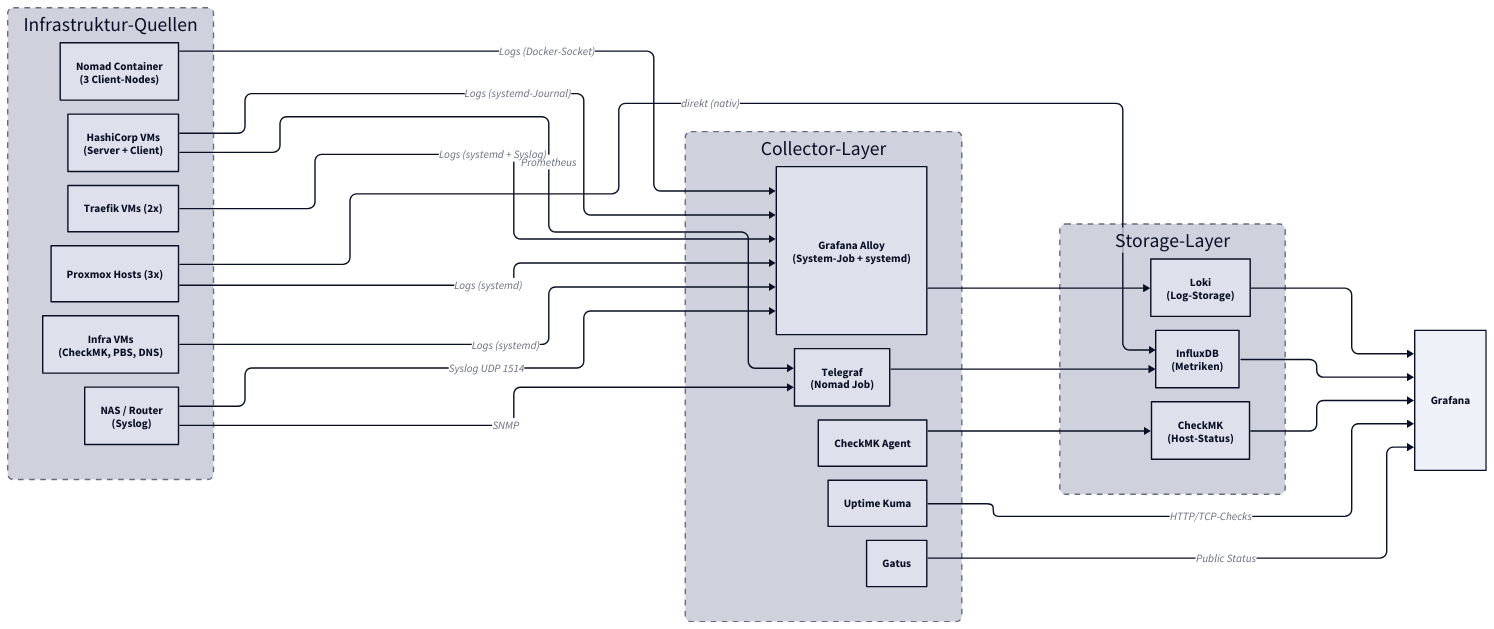
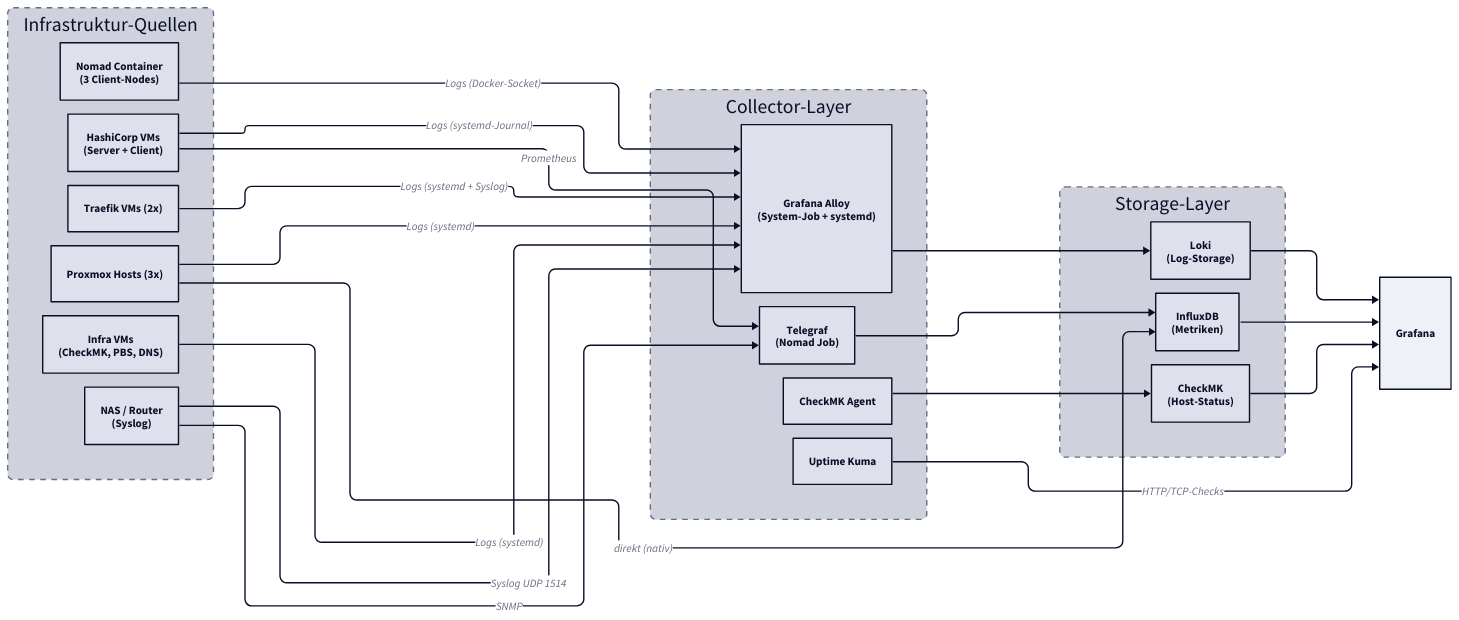
The second of 2 diagrams in docs/monitoring/index.md (derever-labs/homelab-wiki), drawn with D2 before and after one commit. The commit also changed other lines of this file and 17 other files, not shown here.

````diff
--- a/docs/monitoring/index.md
+++ b/docs/monitoring/index.md
@@ -253,67 +250,65 @@
 ```d2
 direction: right
 
 vars: {
   d2-config: {
     theme-id: 1
     layout-engine: elk
   }
 }
 
 classes: {
   container: {
     style: {
       border-radius: 8
       stroke-dash: 4
     }
   }
 }
 
 Sources: Infrastruktur-Quellen {
   class: container
   Containers: "Nomad Container\n(3 Client-Nodes)"
   Servers: "HashiCorp VMs\n(Server + Client)"
   Traefik: "Traefik VMs (2x)"
   Proxmox: "Proxmox Hosts (3x)"
   Infra: "Infra VMs\n(CheckMK, PBS, DNS)"
   NAS: "NAS / Router\n(Syslog)"
 }
 
 Collectors: Collector-Layer {
   class: container
   Alloy: "Grafana Alloy\n(System-Job + systemd)"
   Telegraf: "Telegraf\n(Nomad Job)"
   CMK: "CheckMK Agent"
   Kuma: "Uptime Kuma"
-  Gatus: Gatus
 }
 
 Storage: Storage-Layer {
   class: container
   Loki: "Loki\n(Log-Storage)"
   Influx: "InfluxDB\n(Metriken)"
   CheckMK: "CheckMK\n(Host-Status)"
 }
 
 GRAF: Grafana
 
 Sources.Containers -> Collectors.Alloy: Logs (Docker-Socket)
 Sources.Servers -> Collectors.Alloy: Logs (systemd-Journal)
 Sources.Traefik -> Collectors.Alloy: Logs (systemd + Syslog)
 Sources.Proxmox -> Collectors.Alloy: Logs (systemd)
 Sources.Infra -> Collectors.Alloy: Logs (systemd)
 Sources.NAS -> Collectors.Alloy: Syslog UDP 1514
 Sources.NAS -> Collectors.Telegraf: SNMP
 Sources.Servers -> Collectors.Telegraf: Prometheus
 Sources.Proxmox -> Storage.Influx: direkt (nativ)
 
 Collectors.Alloy -> Storage.Loki
 Collectors.Telegraf -> Storage.Influx
 Collectors.CMK -> Storage.CheckMK
 Collectors.Kuma -> GRAF: "HTTP/TCP-Checks"
-Collectors.Gatus -> GRAF: "Public Status"
 
 Storage.Loki -> GRAF
 Storage.Influx -> GRAF
 Storage.CheckMK -> GRAF
 ```
````
